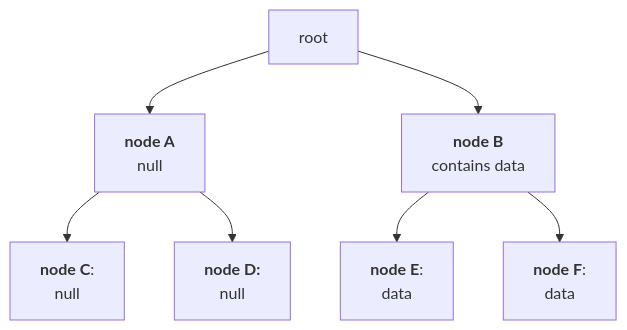
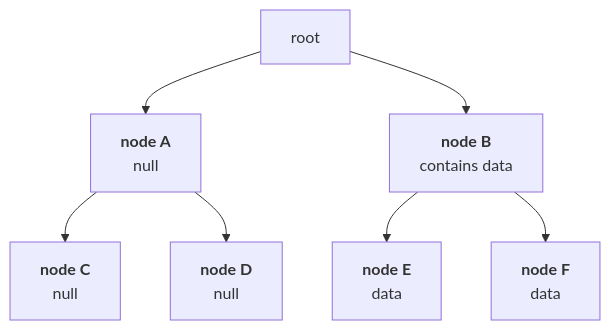
The second of 2 diagrams in docs/protocol/architecture/state-manager.mdx (Consensys/doc.linea), drawn with Mermaid before and after one commit. The commit also changed 3 other files, not shown here.

First line of the commit message:
fix for mermaid node text truncation & proof of footer (#1388)

````diff
--- a/docs/protocol/architecture/state-manager.mdx
+++ b/docs/protocol/architecture/state-manager.mdx
@@ -104,12 +104,12 @@
     ```mermaid
     flowchart TD
         A[root] --> B["`**node A**`"
         null] & C["`**node B**`"
         contains data]
-        B --> D["`**node C**`":
-        null] & E["`**node D:**`"
+        B --> D["`**node C**`"
+        null] & E["`**node D**`"
         null]
-        C --> F["`**node E**`":
-        data] & G["`**node F**`":
+        C --> F["`**node E**`"
+        data] & G["`**node F**`"
         data]
     ```
````
